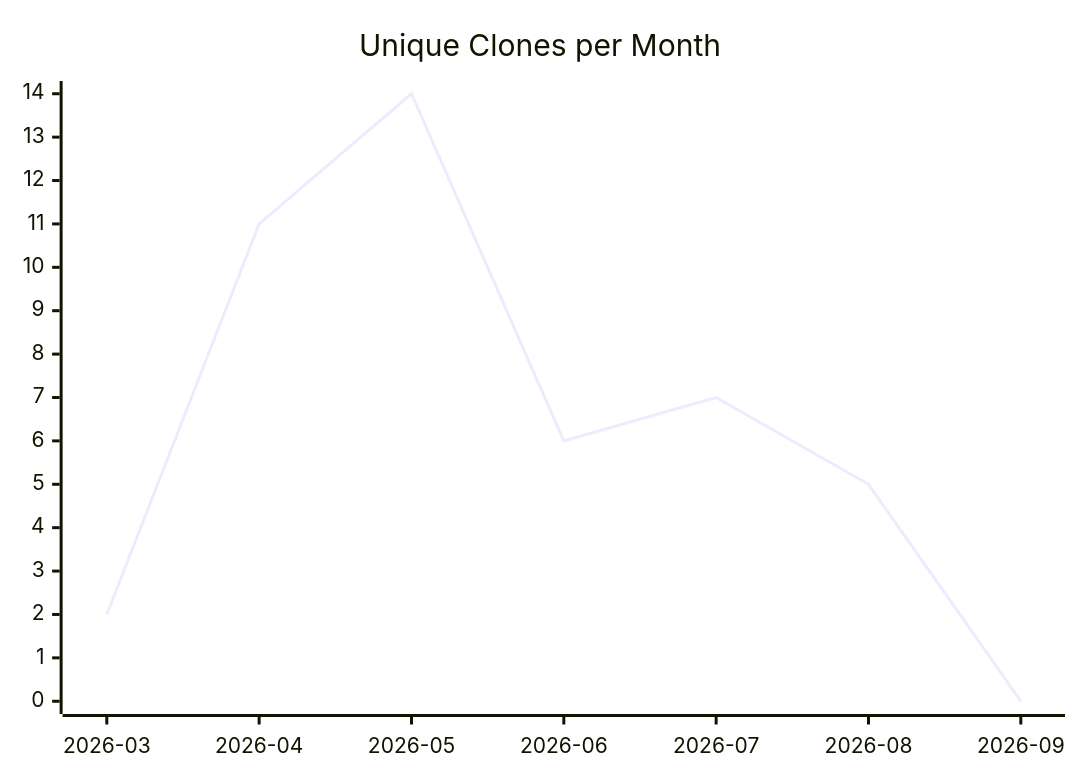
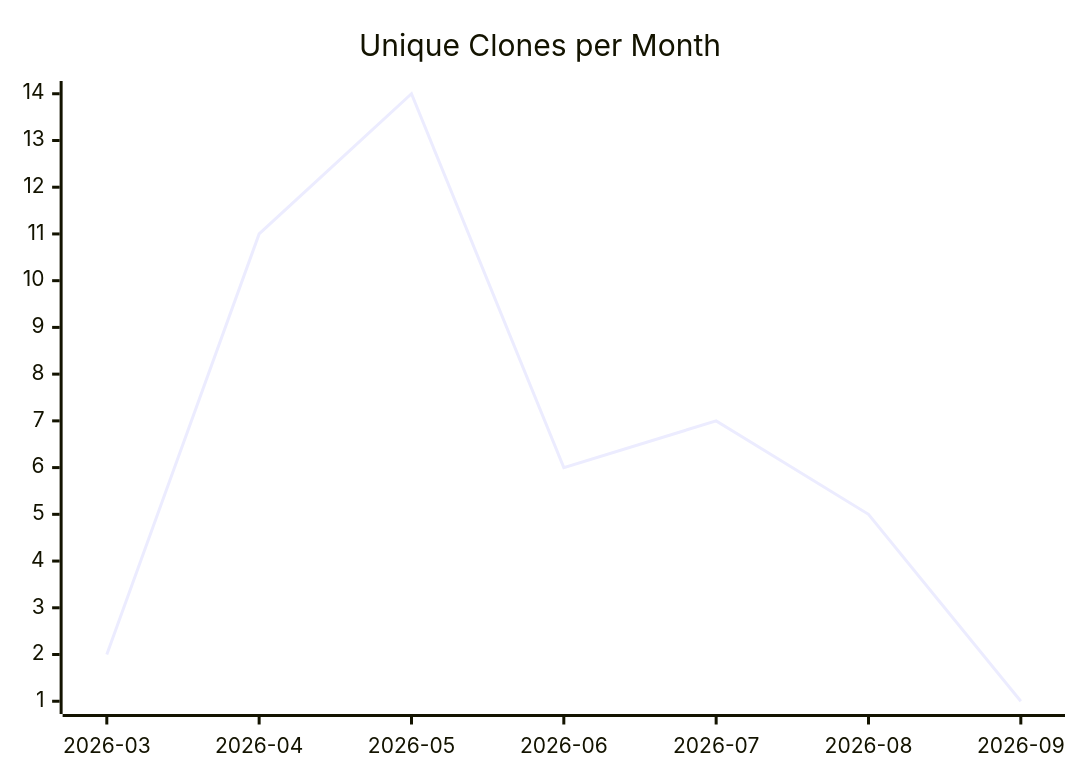
Before and after one commit to justdavis-family/github-analytics-data: the third of 3 diagrams in karlmdavis/m2e-core/README.md, drawn with Mermaid. The commit also changed other lines of this file and 191 other files, not shown here.

````diff
--- a/karlmdavis/m2e-core/README.md
+++ b/karlmdavis/m2e-core/README.md
@@ -19,6 +19,6 @@
 ```mermaid
 xychart-beta
   title "Unique Clones per Month"
   x-axis ["2026-03", "2026-04", "2026-05", "2026-06", "2026-07", "2026-08", "2026-09"]
-  line [2, 11, 14, 6, 7, 5, 0]
+  line [2, 11, 14, 6, 7, 5, 1]
 ```
````
